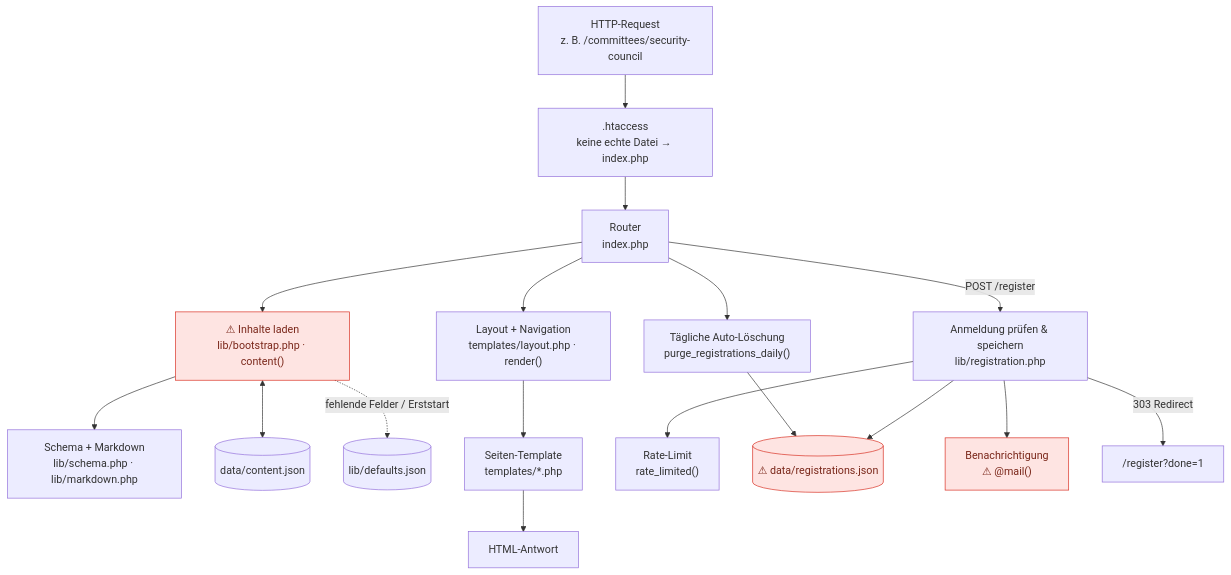
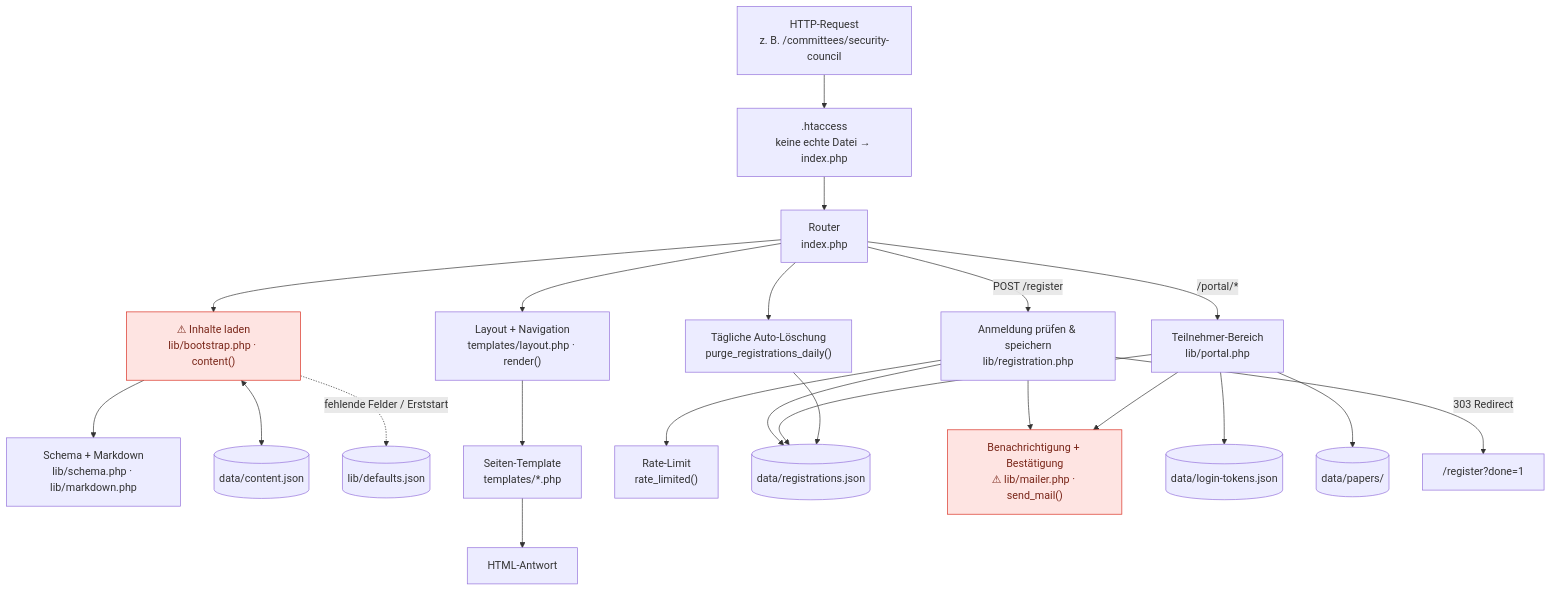
The second of 4 diagrams in ARCHITECTURE.md (Lolliger/ovm), drawn with Mermaid before and after one commit. The commit also changed other lines of this file and 15 other files, not shown here.

First line of the commit message:
Teilnehmer-Bereich: Bestätigungs-Mail mit Login-Link, Portal und Position-Paper-Upload

````diff
--- a/ARCHITECTURE.md
+++ b/ARCHITECTURE.md
@@ -81,23 +81,28 @@
 ```mermaid
 flowchart TD
     REQ["HTTP-Request<br/>z. B. /committees/security-council"] --> HT[".htaccess<br/>keine echte Datei → index.php"]
     HT --> ROUTER["Router<br/>index.php"]
     ROUTER --> PURGE["Tägliche Auto-Löschung<br/>purge_registrations_daily()"]
     ROUTER --> BOOT["⚠ Inhalte laden<br/>lib/bootstrap.php · content()"]
     BOOT --> SCHEMA["Schema + Markdown<br/>lib/schema.php · lib/markdown.php"]
     BOOT <--> CONTENT[("data/content.json")]
     BOOT -. "fehlende Felder / Erststart" .-> DEF[("lib/defaults.json")]
     ROUTER --> LAYOUT["Layout + Navigation<br/>templates/layout.php · render()"]
     LAYOUT --> TPL["Seiten-Template<br/>templates/*.php"]
     TPL --> HTML["HTML-Antwort"]
 
     ROUTER -->|"POST /register"| REG["Anmeldung prüfen & speichern<br/>lib/registration.php"]
     REG --> RL["Rate-Limit<br/>rate_limited()"]
-    REG --> REGS[("⚠ data/registrations.json")]
-    REG --> MAIL["Benachrichtigung<br/>⚠ @mail()"]
+    REG --> REGS[("data/registrations.json")]
+    REG --> MAIL["Benachrichtigung + Bestätigung<br/>⚠ lib/mailer.php · send_mail()"]
+    ROUTER -->|"/portal/*"| PORTAL["Teilnehmer-Bereich<br/>lib/portal.php"]
+    PORTAL --> TOK[("data/login-tokens.json")]
+    PORTAL --> REGS
+    PORTAL --> PAPERS[("data/papers/")]
+    PORTAL --> MAIL
     REG -->|"303 Redirect"| DONE["/register?done=1"]
     PURGE --> REGS
 
     classDef risk fill:#fee4e2,stroke:#d92d20,color:#7a271a
-    class BOOT,REGS,MAIL risk
+    class BOOT,MAIL risk
 ```
````
